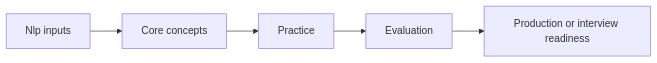
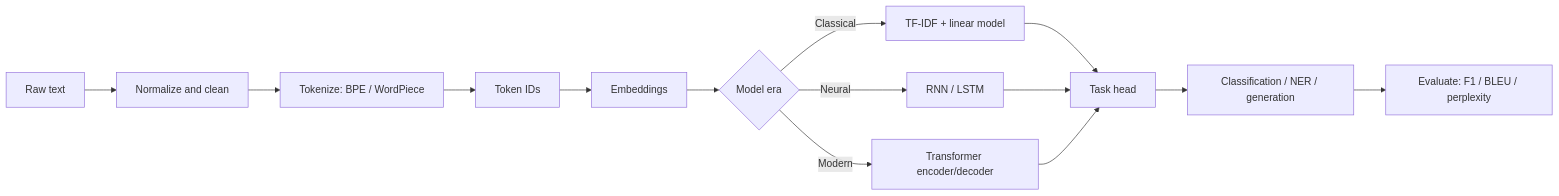
One commit to Icon1cc/Machine-Learning changed the diagram in diagrams/07-nlp.mmd. Above: the diagram before and after it, drawn with Mermaid. The commit also changed 118 other files, not shown here.

```diff
--- a/diagrams/07-nlp.mmd
+++ b/diagrams/07-nlp.mmd
@@ -1,5 +1,14 @@
 flowchart LR
-    A[Nlp inputs] --> B[Core concepts]
-    B --> C[Practice]
-    C --> D[Evaluation]
-    D --> E[Production or interview readiness]
+    A[Raw text] --> B[Normalize and clean]
+    B --> C[Tokenize: BPE / WordPiece]
+    C --> D[Token IDs]
+    D --> E[Embeddings]
+    E --> F{Model era}
+    F -- Classical --> G[TF-IDF + linear model]
+    F -- Neural --> H[RNN / LSTM]
+    F -- Modern --> I[Transformer encoder/decoder]
+    G --> J[Task head]
+    H --> J
+    I --> J
+    J --> K[Classification / NER / generation]
+    K --> L[Evaluate: F1 / BLEU / perplexity]
```
